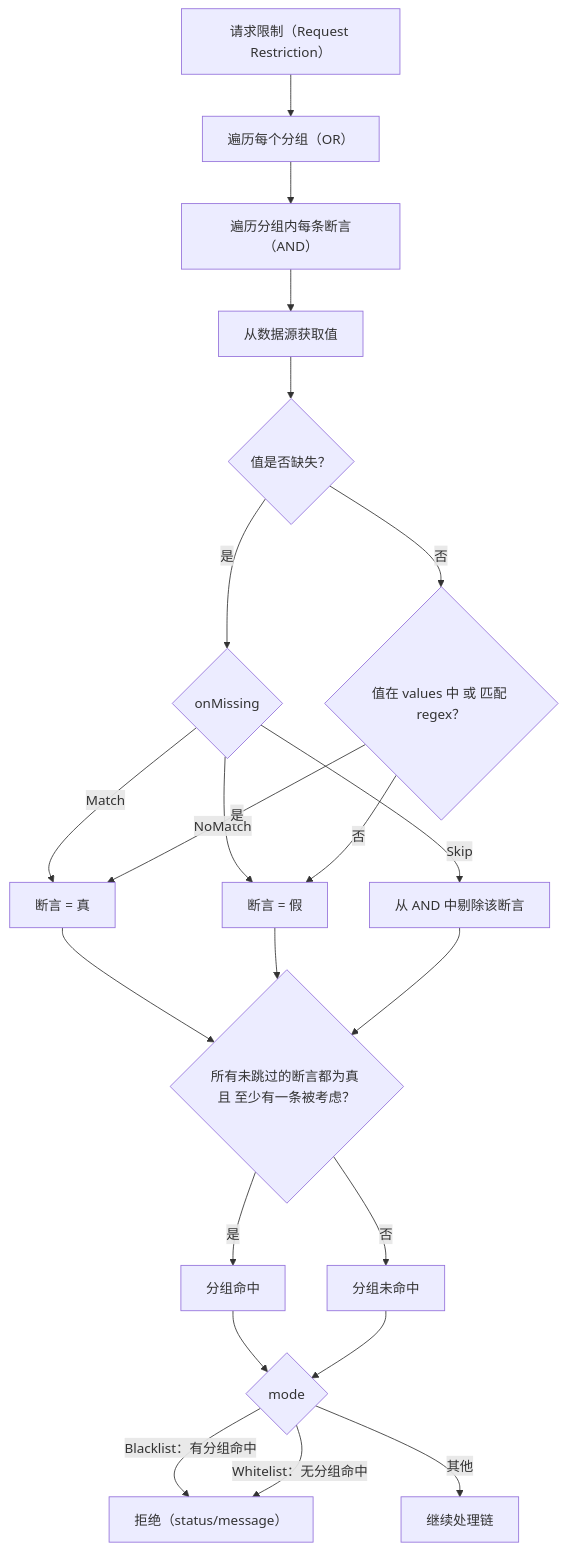
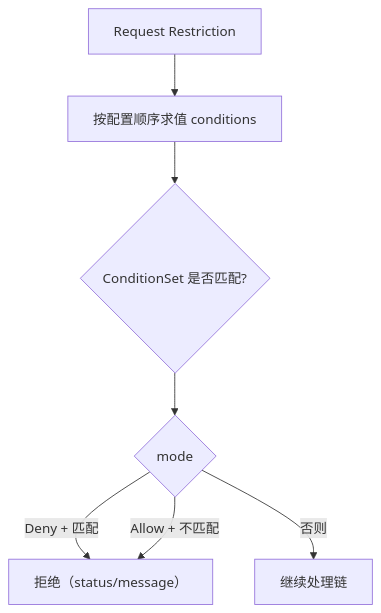
One commit to Pandaala/Edgion changed the diagram in docs/zh-CN/user-guide/http-route/filters/edgion-plugins/request-restriction.md. Above: the diagram before and after it, drawn with Mermaid. The commit also changed other lines of this file and 2559 other files, not shown here.

````diff
--- a/docs/zh-CN/user-guide/http-route/filters/edgion-plugins/request-restriction.md
+++ b/docs/zh-CN/user-guide/http-route/filters/edgion-plugins/request-restriction.md
@@ -161,24 +133,9 @@
 ```mermaid
 flowchart TD
-    A["请求限制（Request Restriction）"] --> B["遍历每个分组（OR）"]
-    B --> C["遍历分组内每条断言（AND）"]
-    C --> D["从数据源获取值"]
-    D --> E{"值是否缺失？"}
-    E -->|是| F{"onMissing"}
-    F -->|Match| P1["断言 = 真"]
-    F -->|NoMatch| P0["断言 = 假"]
-    F -->|Skip| PS["从 AND 中剔除该断言"]
-    E -->|否| G{"值在 values 中 或 匹配 regex？"}
-    G -->|是| P1
-    G -->|否| P0
-    P1 --> H{"所有未跳过的断言都为真 且 至少有一条被考虑？"}
-    P0 --> H
-    PS --> H
-    H -->|是| M["分组命中"]
-    H -->|否| N["分组未命中"]
-    M --> J{"mode"}
-    N --> J
-    J -->|"Blacklist：有分组命中"| K["拒绝（status/message）"]
-    J -->|"Whitelist：无分组命中"| K
-    J -->|其他| L["继续处理链"]
+    A["Request Restriction"] --> B["按配置顺序求值 conditions"]
+    B --> C{"ConditionSet 是否匹配?"}
+    C --> J{"mode"}
+    J -->|"Deny + 匹配"| K["拒绝（status/message）"]
+    J -->|"Allow + 不匹配"| K
+    J -->|否则| L["继续处理链"]
 ```
````
